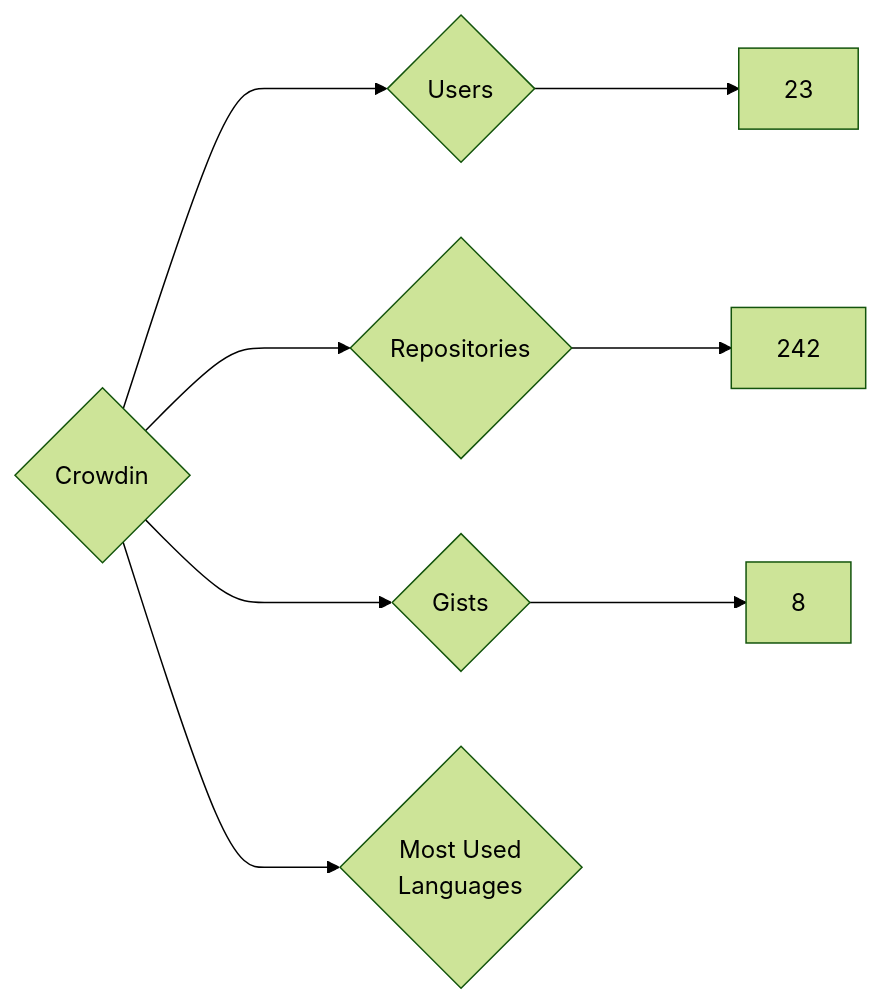
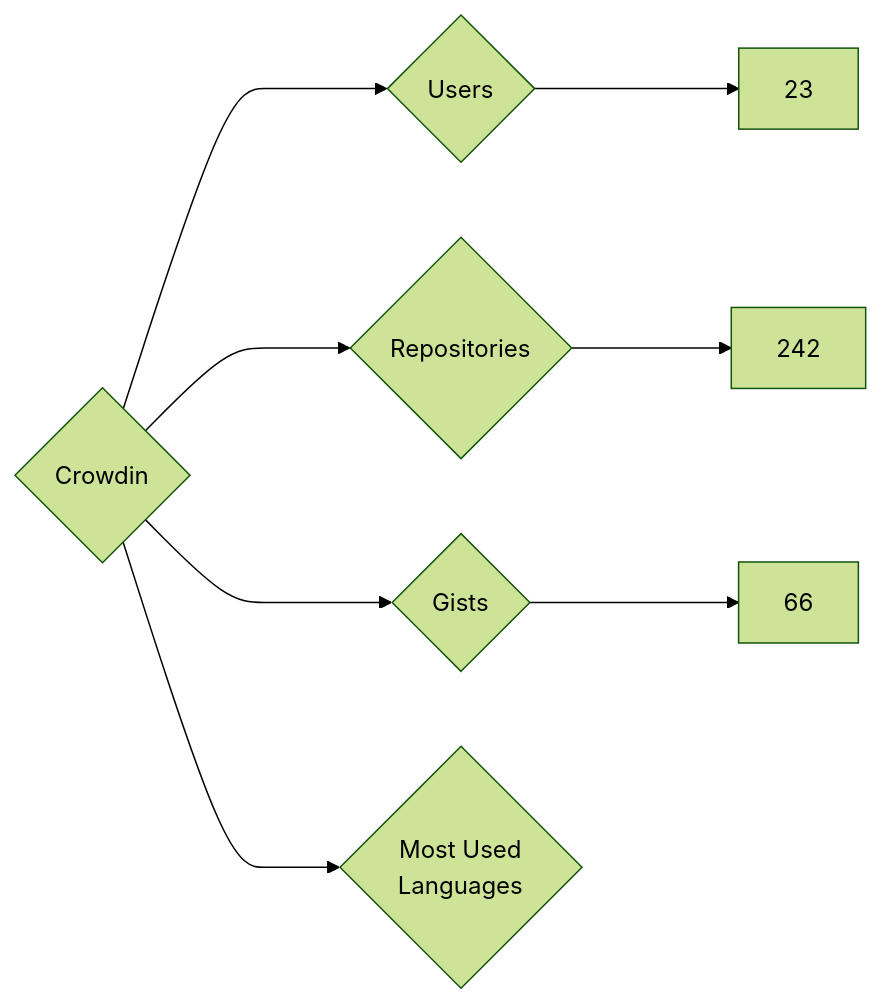
The diagram in targets/Crowdin/README.md (nenadzaric/insiders), drawn with Mermaid (forest theme) before and after one commit. The commit also changed 1342 other files, not shown here.

````diff
--- a/targets/Crowdin/README.md
+++ b/targets/Crowdin/README.md
@@ -3,8 +3,8 @@
 ```mermaid
 graph LR
 COMPANY_NAME{Crowdin}
 COMPANY_NAME ---> U{Users} ---> UN[23]
 COMPANY_NAME ---> R{Repositories} ---> RN[242]
-COMPANY_NAME ---> G{Gists} ---> GN[8]
+COMPANY_NAME ---> G{Gists} ---> GN[66]
 COMPANY_NAME ---> ML{Most Used<br>Languages}
 ```
````
